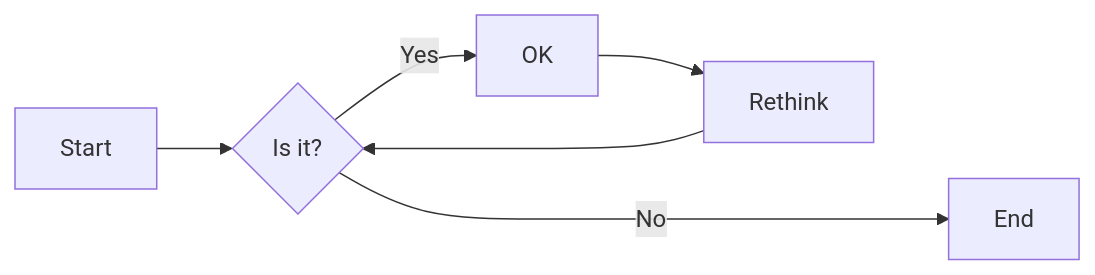
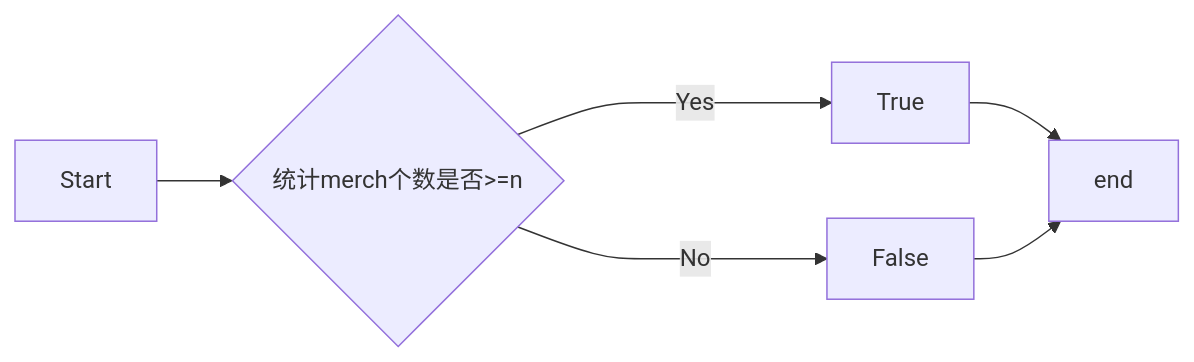
One commit to bahdksnxja/python_tasks changed the diagram in experience/experiment4.md. Above: the diagram before and after it, drawn with Mermaid. The commit also changed other lines of this file and 3 other files, not shown here.

````diff
--- a/experience/experiment4.md
+++ b/experience/experiment4.md
@@ -316,8 +352,8 @@
 ```mermaid
 flowchart LR
-    A[Start] --> B{Is it?}
-    B -->|Yes| C[OK]
-    C --> D[Rethink]
-    D --> B
-    B ---->|No| E[End]
+    A[Start] --> B{统计merch个数是否>=n}
+    B -->|Yes| C[True]
+    B ---->|No| D[False]
+    C -->E[end]
+    D -->E[end]
 ```
````
